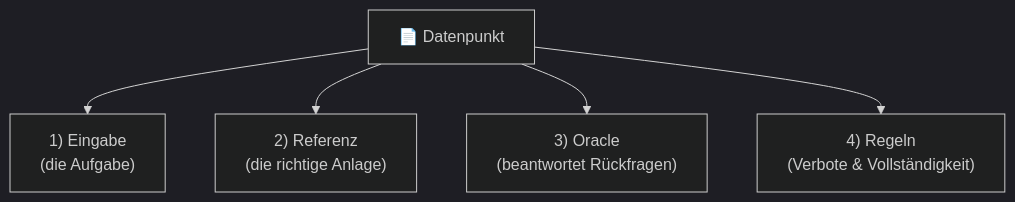
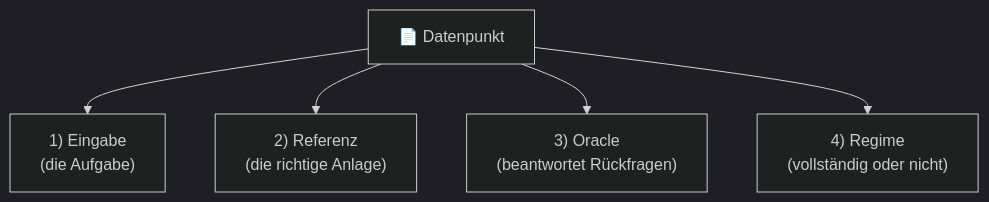
The first of 2 diagrams in docs/de/benchmark/datenpunkt.md (dgaida/PyADM1ODE), drawn with Mermaid (dark theme) before and after one commit. The commit also changed other lines of this file and 67 other files, not shown here.

````diff
--- a/docs/de/benchmark/datenpunkt.md
+++ b/docs/de/benchmark/datenpunkt.md
@@ -9,7 +9,7 @@
 ```mermaid
 flowchart TB
     DP["📄 Datenpunkt"] --> E["1) Eingabe<br>(die Aufgabe)"]
     DP --> R["2) Referenz<br>(die richtige Anlage)"]
     DP --> O["3) Oracle<br>(beantwortet Rückfragen)"]
-    DP --> Z["4) Regeln<br>(Verbote &amp; Vollständigkeit)"]
+    DP --> Z["4) Regime<br>(vollständig oder nicht)"]
 ```
````
